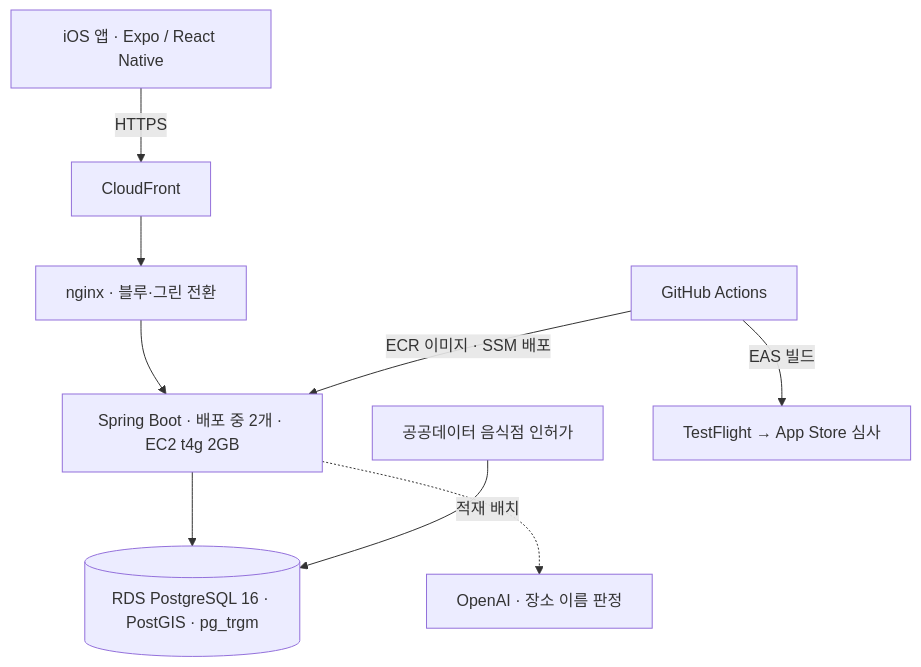
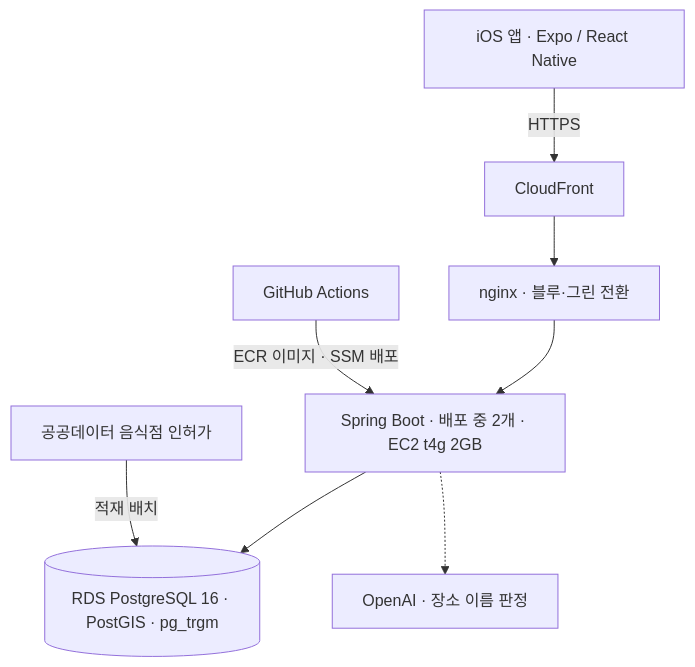
The diagram in README.md (jhkang0516/pindish), drawn with Mermaid before and after one commit. The commit also changed other lines of this file, not shown here.

````diff
--- a/README.md
+++ b/README.md
@@ -27,11 +26,10 @@
 ```mermaid
 flowchart TB
   App["iOS 앱 · Expo / React Native"] -->|HTTPS| CF[CloudFront]
   CF --> NG["nginx · 블루·그린 전환"]
   NG --> API["Spring Boot · 배포 중 2개 · EC2 t4g 2GB"]
   API --> DB[("RDS PostgreSQL 16 · PostGIS · pg_trgm")]
   API -.-> LLM["OpenAI · 장소 이름 판정"]
   CSV["공공데이터 음식점 인허가"] -->|적재 배치| DB
   GH["GitHub Actions"] -->|ECR 이미지 · SSM 배포| API
-  GH -->|EAS 빌드| AS["TestFlight → App Store 심사"]
 ```
````
